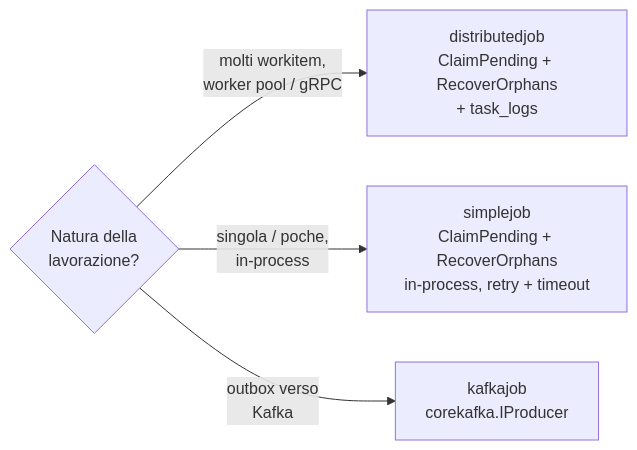
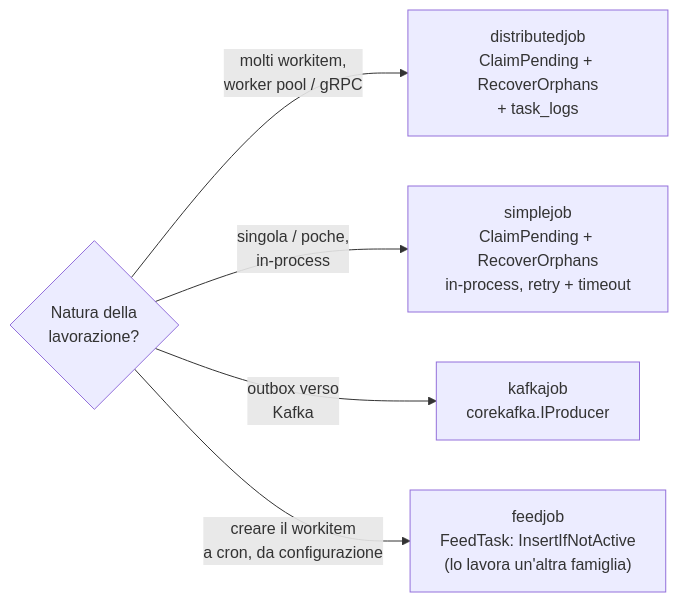
Before and after one commit to GPA-Gruppo-Progetti-Avanzati-SRL/go-core-batch: the first of 3 diagrams in README.md, drawn with Mermaid. The commit also changed other lines of this file and 2 other files, not shown here.

First line of the commit message:
Add feedjob package: create work items from static config on cron schedule

````diff
--- a/README.md
+++ b/README.md
@@ -280,7 +325,8 @@
 ```mermaid
 flowchart LR
     Q{Natura della\nlavorazione?}
     Q -- "molti workitem,\nworker pool / gRPC" --> DJ["distributedjob\nClaimPending + RecoverOrphans\n+ task_logs"]
     Q -- "singola / poche,\nin-process" --> SJ["simplejob\nClaimPending + RecoverOrphans\nin-process, retry + timeout"]
     Q -- "outbox verso\nKafka" --> KJ["kafkajob\ncorekafka.IProducer"]
+    Q -- "creare il workitem\na cron, da configurazione" --> FJ["feedjob\nFeedTask: InsertIfNotActive\n(lo lavora un'altra famiglia)"]
 ```
````
